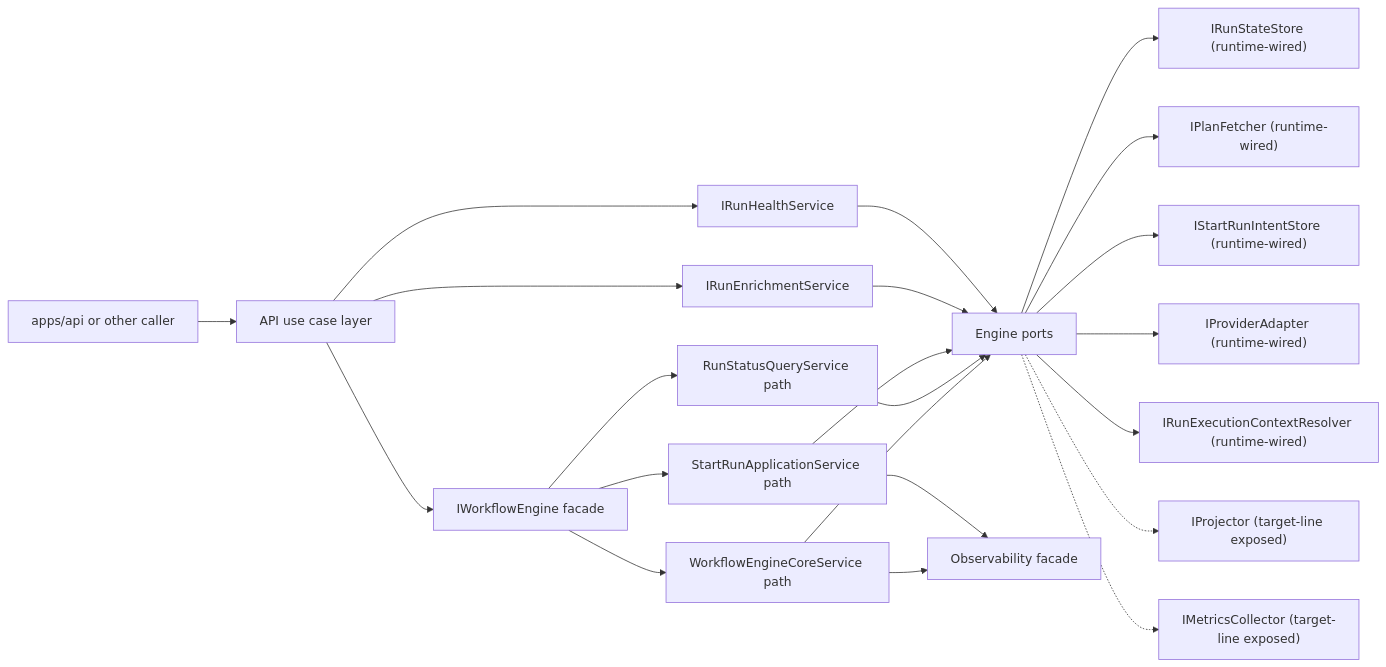
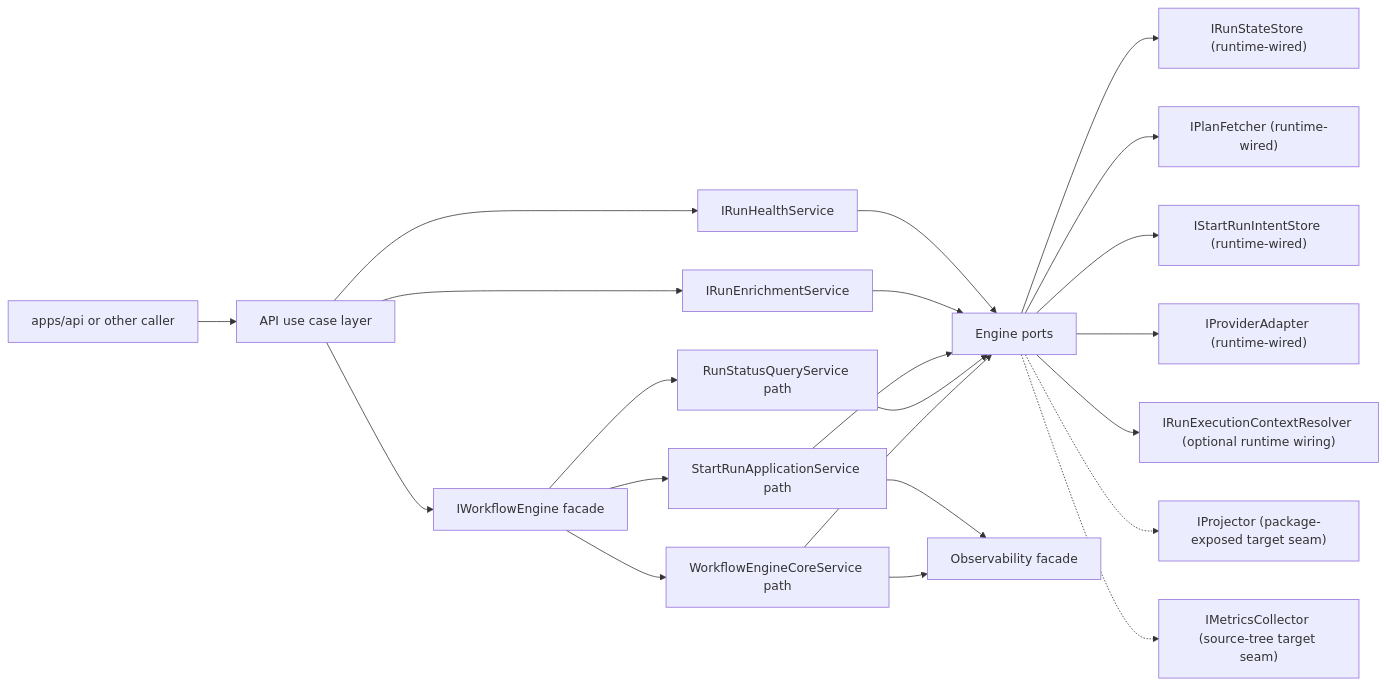
The first of 5 diagrams in docs/architecture/components/engine/architecture/workflow-engine-subsystem-context.md (dunay2/dvt), drawn with Mermaid before and after one commit. The commit also changed other lines of this file and 7 other files, not shown here.

Commit message:
docs(docs): Split architecture diagram pack and refresh engine diagrams

````diff
--- a/docs/architecture/components/engine/architecture/workflow-engine-subsystem-context.md
+++ b/docs/architecture/components/engine/architecture/workflow-engine-subsystem-context.md
@@ -75,24 +76,24 @@
 ```mermaid
 flowchart LR
   Caller["apps/api or other caller"] --> UseCase["API use case layer"]
   UseCase --> Engine["IWorkflowEngine facade"]
   UseCase --> Health["IRunHealthService"]
   UseCase --> Enrich["IRunEnrichmentService"]
   Engine --> StartRun["StartRunApplicationService path"]
   Engine --> Query["RunStatusQueryService path"]
   Engine --> Core["WorkflowEngineCoreService path"]
   Health --> Ports
   Enrich --> Ports
   StartRun --> Ports["Engine ports"]
   Query --> Ports
   Core --> Ports
   Ports --> State["IRunStateStore (runtime-wired)"]
   Ports --> PlanStore["IPlanFetcher (runtime-wired)"]
   Ports --> Intent["IStartRunIntentStore (runtime-wired)"]
   Ports --> Provider["IProviderAdapter (runtime-wired)"]
-  Ports --> RunCtx["IRunExecutionContextResolver (runtime-wired)"]
-  Ports -.-> Projector["IProjector (target-line exposed)"]
-  Ports -.-> Metrics["IMetricsCollector (target-line exposed)"]
+  Ports --> RunCtx["IRunExecutionContextResolver (optional runtime wiring)"]
+  Ports -.-> Projector["IProjector (package-exposed target seam)"]
+  Ports -.-> Metrics["IMetricsCollector (source-tree target seam)"]
   StartRun --> Obs["Observability facade"]
   Core --> Obs
 ```
````
